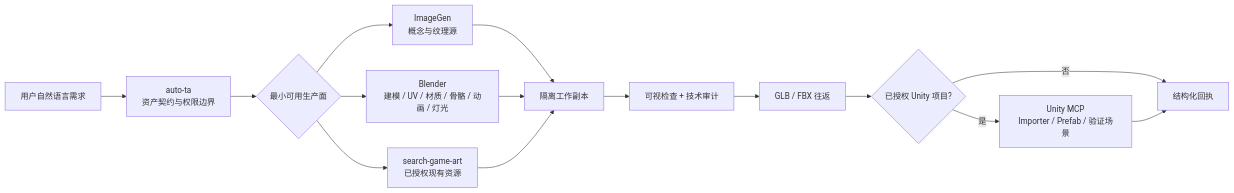
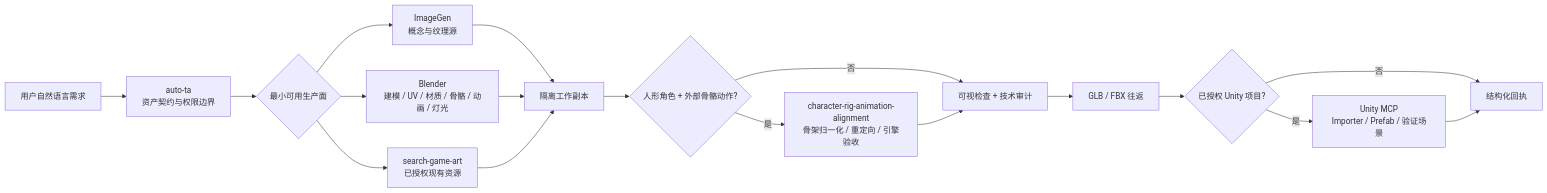
One commit to qiulinfan/qiulinfan.github.io changed the third of 8 diagrams in skills/WORKFLOWS.md. Above: the diagram before and after it, drawn with Mermaid. The commit also changed other lines of this file and 7 other files, not shown here.

Commit message:
Add character rig animation alignment skill

````diff
--- a/skills/WORKFLOWS.md
+++ b/skills/WORKFLOWS.md
@@ -60,17 +60,20 @@
 ```mermaid
 flowchart LR
     Need["用户自然语言需求"] --> Contract["auto-ta<br/>资产契约与权限边界"]
     Contract --> Route{"最小可用生产面"}
     Route --> Image["ImageGen<br/>概念与纹理源"]
     Route --> Blender["Blender<br/>建模 / UV / 材质 / 骨骼 / 动画 / 灯光"]
     Route --> Existing["search-game-art<br/>已授权现有资源"]
     Image --> Build["隔离工作副本"]
     Blender --> Build
     Existing --> Build
-    Build --> Audit["可视检查 + 技术审计"]
+    Build --> Humanoid{"人形角色 + 外部骨骼动作?"}
+    Humanoid -->|是| Align["character-rig-animation-alignment<br/>骨架归一化 / 重定向 / 引擎验收"]
+    Humanoid -->|否| Audit["可视检查 + 技术审计"]
+    Align --> Audit
     Audit --> Round["GLB / FBX 往返"]
     Round --> Unity{"已授权 Unity 项目?"}
     Unity -->|是| Import["Unity MCP<br/>Importer / Prefab / 验证场景"]
     Unity -->|否| Receipt["结构化回执"]
     Import --> Receipt
 ```
````
